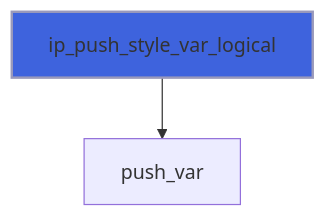
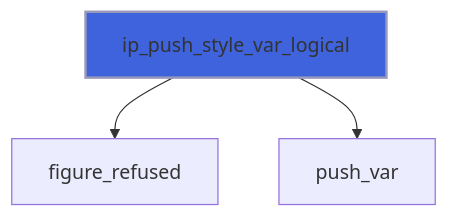
Before and after one commit to szaghi/figure: diagram 19 of 44 in docs/api/src/lib/figure_style.md, drawn with Mermaid. The commit also changed other lines of this file and 10 other files, not shown here.

````diff
--- a/docs/api/src/lib/figure_style.md
+++ b/docs/api/src/lib/figure_style.md
@@ -599,5 +642,6 @@
 ```mermaid
 flowchart TD
+  ip_push_style_var_logical["ip_push_style_var_logical"] --> figure_refused["figure_refused"]
   ip_push_style_var_logical["ip_push_style_var_logical"] --> push_var["push_var"]
   style ip_push_style_var_logical fill:#3e63dd,stroke:#99b,stroke-width:2px
 ```
````
